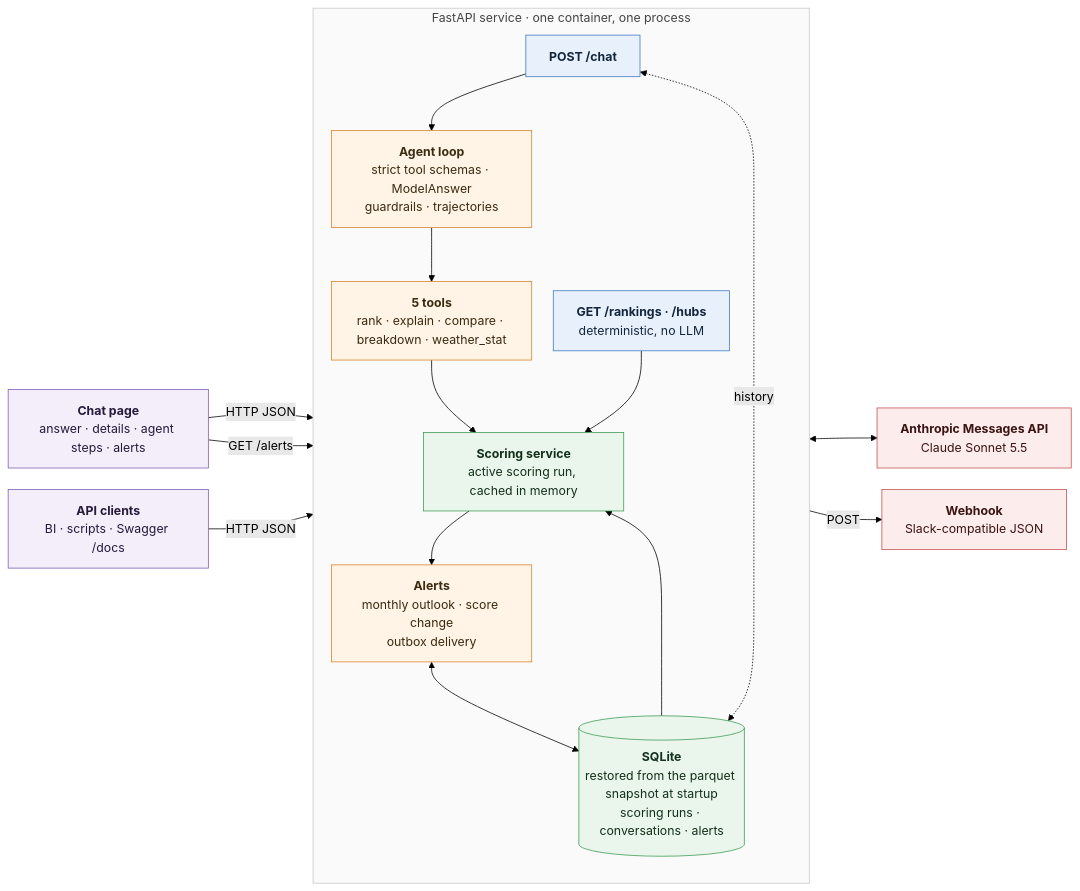
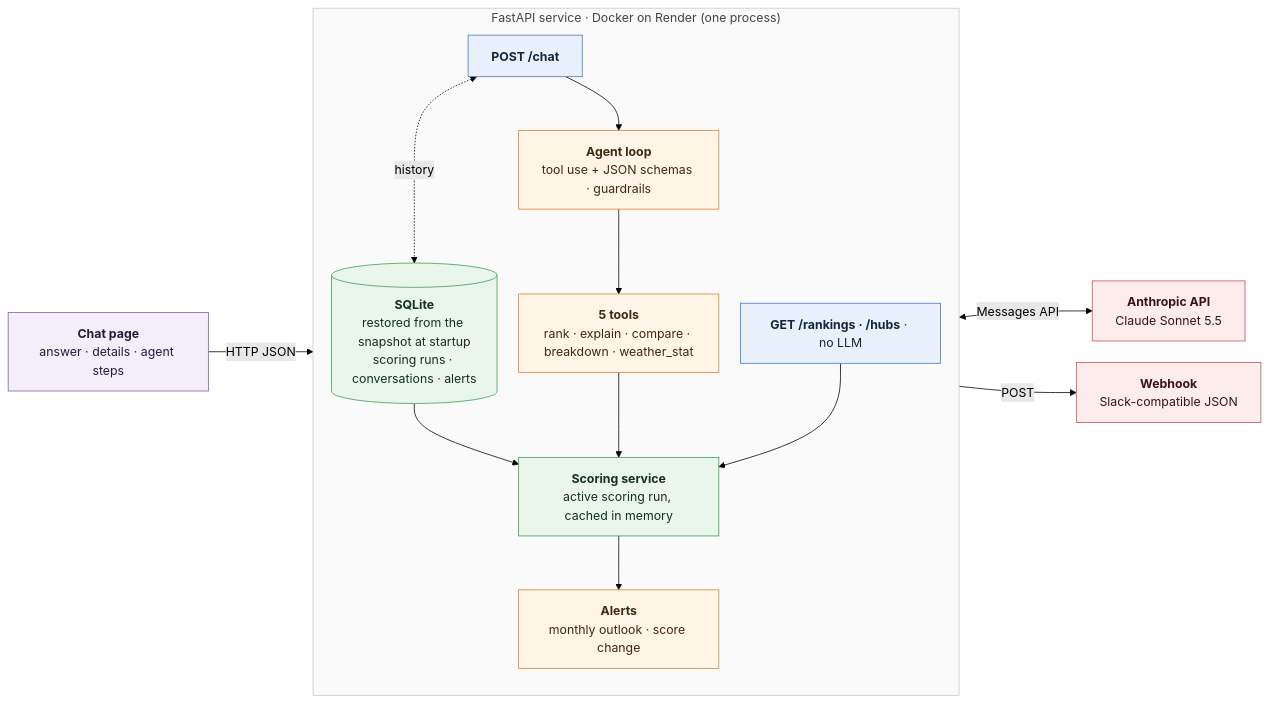
One commit to Omer212111/Home-assignment-Moveo changed the diagram in README.md. Above: the diagram before and after it, drawn with Mermaid (forest theme). The commit also changed 6 other files, not shown here.

First line of the commit message:
Architecture diagrams: back to the previous diagram, with only the ingestion pipeline and the chat page -> /rankings arrow removed

````diff
--- a/README.md
+++ b/README.md
@@ -25,51 +25,48 @@
 ```mermaid
 ---
 config:
   flowchart:
     curve: basis
     nodeSpacing: 28
     rankSpacing: 45
 ---
 flowchart LR
-    UI["<b>Chat page</b><br/>answer · details · agent steps · alerts"]
-    CLIENTS["<b>API clients</b><br/>BI · scripts · Swagger /docs"]
 
-    subgraph SVC["FastAPI service · one container, one process"]
+    subgraph SVC["FastAPI service · Docker on Render (one process)"]
         direction TB
+        DB[("<b>SQLite</b><br/>restored from the snapshot at startup<br/>scoring runs · conversations · alerts")]
+        ENG["<b>Scoring service</b><br/>active scoring run, cached in memory"]
         CHAT["<b>POST /chat</b>"]
-        AGENT["<b>Agent loop</b><br/>strict tool schemas · ModelAnswer<br/>guardrails · trajectories"]
+        AGENT["<b>Agent loop</b><br/>tool use + JSON schemas · guardrails"]
         TOOLS["<b>5 tools</b><br/>rank · explain · compare · breakdown · weather_stat"]
-        REST["<b>GET /rankings · /hubs</b><br/>deterministic, no LLM"]
-        ENG["<b>Scoring service</b><br/>active scoring run, cached in memory"]
-        DB[("<b>SQLite</b><br/>restored from the parquet snapshot at startup<br/>scoring runs · conversations · alerts")]
-        ALERT["<b>Alerts</b><br/>monthly outlook · score change<br/>outbox delivery"]
+        REST["<b>GET /rankings · /hubs</b> · no LLM"]
+        ALERT["<b>Alerts</b><br/>monthly outlook · score change"]
+        DB --> ENG
         CHAT --> AGENT --> TOOLS --> ENG
         REST --> ENG
-        DB --> ENG
         ENG --> ALERT
-        ALERT <--> DB
         CHAT <-. "history" .-> DB
     end
 
-    CLAUDE["<b>Anthropic Messages API</b><br/>Claude Sonnet 5.5"]
+    UI["<b>Chat page</b><br/>answer · details · agent steps"]
+    CLAUDE["<b>Anthropic API</b><br/>Claude Sonnet 5.5"]
     HOOK["<b>Webhook</b><br/>Slack-compatible JSON"]
 
     UI -- "HTTP JSON" --> CHAT
-    UI -- "GET /alerts" --> ALERT
-    CLIENTS -- "HTTP JSON" --> REST
-    AGENT <--> CLAUDE
+    AGENT <-- "Messages API" --> CLAUDE
     ALERT -- "POST" --> HOOK
 
     classDef client fill:#f3eefa,stroke:#7d5bb5,color:#271a3b
     classDef api fill:#e8f1fb,stroke:#3b78c3,color:#13263d
     classDef agent fill:#fff4e5,stroke:#d9822b,color:#3d2a12
     classDef ext fill:#fdecec,stroke:#c0504d,color:#3b1414
     classDef eng fill:#eaf6ec,stroke:#3c9a52,color:#14301b
+    classDef batch fill:#eef3f3,stroke:#5b8a8a,color:#1d2e2e
     classDef group fill:#fafafa,stroke:#c8c8c8,color:#444
-    class UI,CLIENTS client
+    class UI client
     class CHAT,REST api
     class AGENT,TOOLS,ALERT agent
     class CLAUDE,HOOK ext
     class ENG,DB eng
     class SVC group
 ```
````
